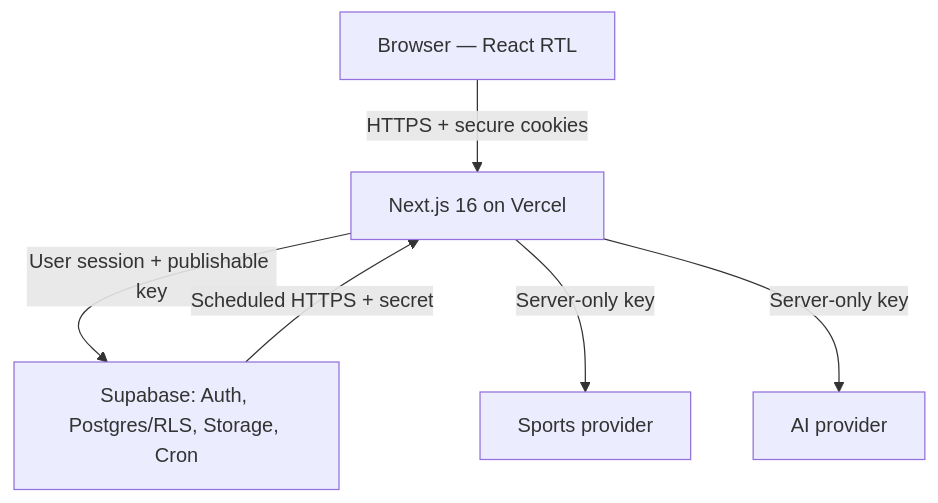
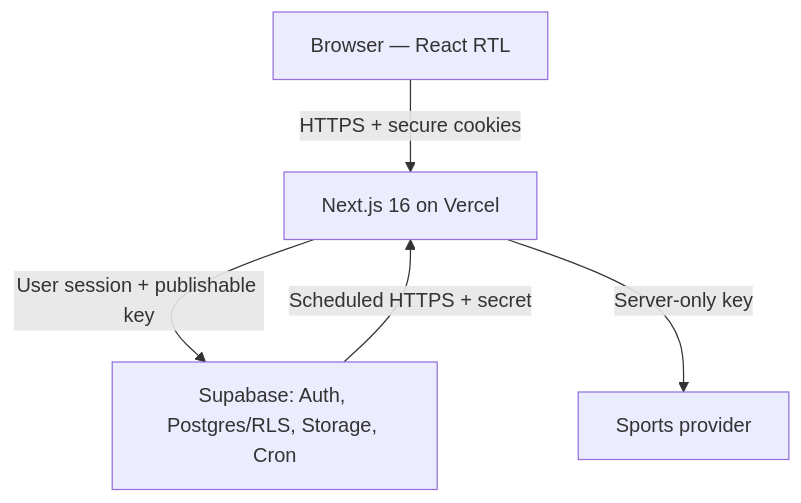
One commit to talzantkeren/predictor changed the first of 2 diagrams in docs/architecture.md. Above: the diagram before and after it, drawn with Mermaid. The commit also changed other lines of this file and 11 other files, not shown here.

````diff
--- a/docs/architecture.md
+++ b/docs/architecture.md
@@ -37,8 +37,7 @@
 ```mermaid
 flowchart TD
     B["Browser — React RTL"] -->|"HTTPS + secure cookies"| N["Next.js 16 on Vercel"]
     N -->|"User session + publishable key"| S["Supabase: Auth, Postgres/RLS, Storage, Cron"]
     N -->|"Server-only key"| P["Sports provider"]
-    N -->|"Server-only key"| A["AI provider"]
     S -->|"Scheduled HTTPS + secret"| N
 ```
````
